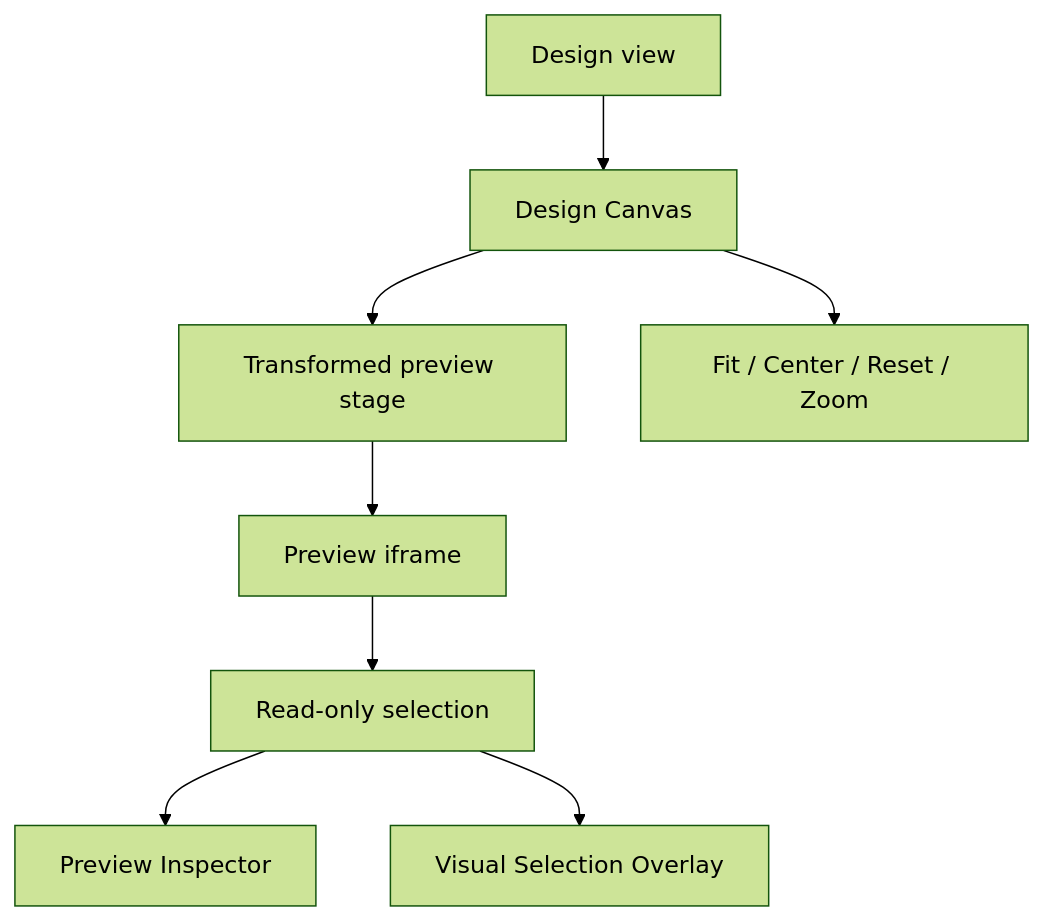
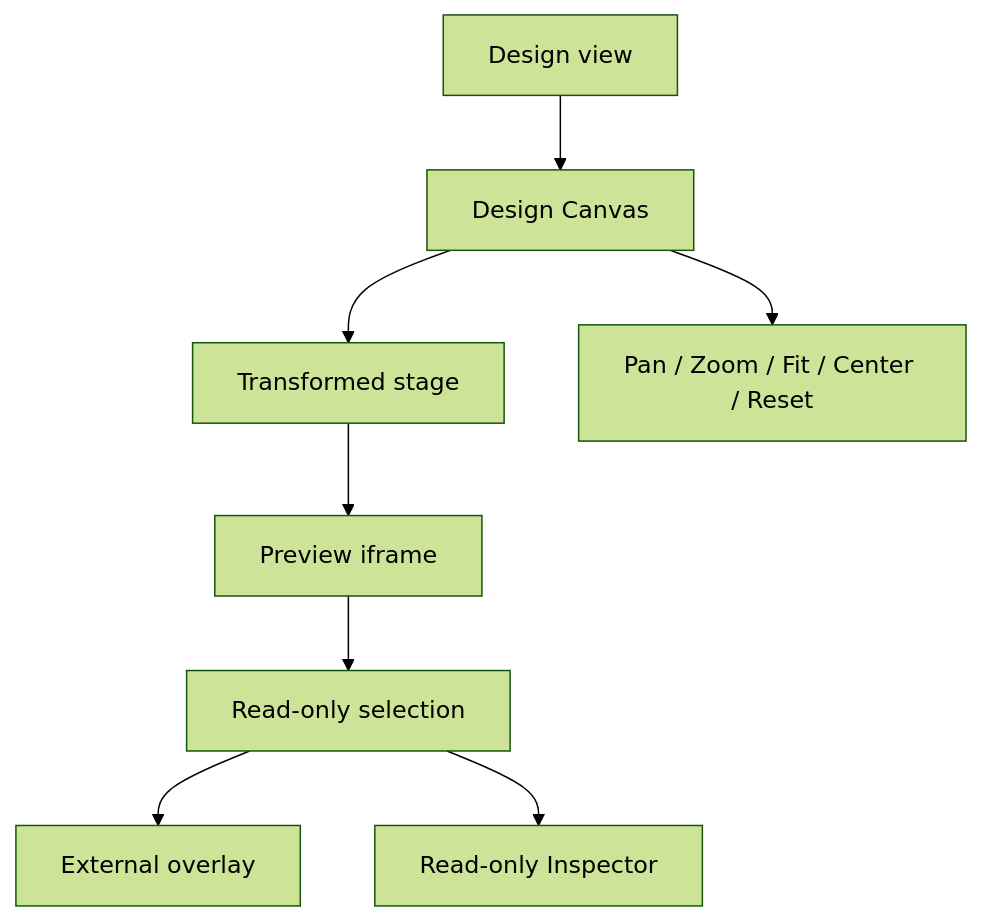
Before and after one commit to krestosa/Crystal: the diagram in docs/architecture/renderer-shell/design-view.md, drawn with Mermaid (forest theme). The commit also changed other lines of this file and 60 other files, not shown here.

````diff
--- a/docs/architecture/renderer-shell/design-view.md
+++ b/docs/architecture/renderer-shell/design-view.md
@@ -13,10 +13,10 @@
 ```mermaid
 flowchart TD
-  DesignView[Design view] --> Canvas[Design Canvas]
-  Canvas --> TransformStage[Transformed preview stage]
-  TransformStage --> PreviewFrame[Preview iframe]
-  Canvas --> Toolbar[Fit / Center / Reset / Zoom]
-  PreviewFrame --> Selection[Read-only selection]
-  Selection --> Inspector[Preview Inspector]
-  Selection --> Overlay[Visual Selection Overlay]
+  View[Design view] --> Canvas[Design Canvas]
+  Canvas --> Stage[Transformed stage]
+  Stage --> Frame[Preview iframe]
+  Canvas --> Nav[Pan / Zoom / Fit / Center / Reset]
+  Frame --> Selection[Read-only selection]
+  Selection --> Overlay[External overlay]
+  Selection --> Inspector[Read-only Inspector]
 ```
````
